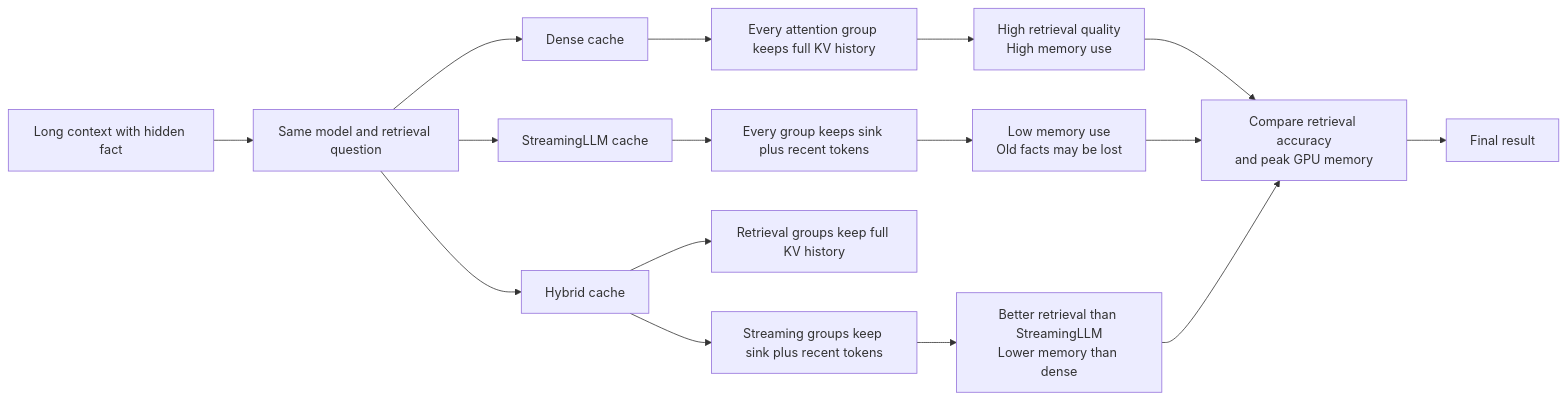
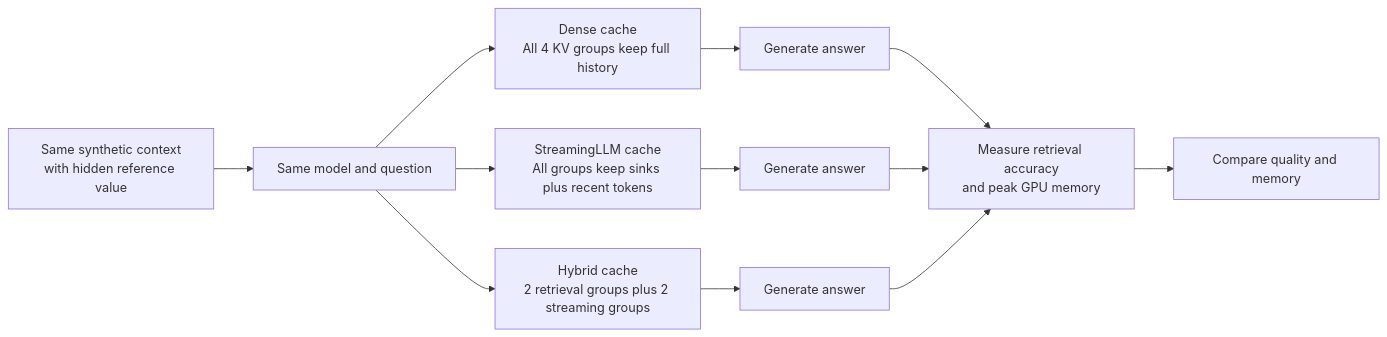
Before and after one commit to may-vaz/hybrid-streaming-attention: the diagram in README.md, drawn with Mermaid. The commit also changed other lines of this file, not shown here.

````diff
--- a/README.md
+++ b/README.md
@@ -31,24 +24,18 @@
 ```mermaid
 flowchart LR
-    A[Long context with hidden fact] --> B[Same model and retrieval question]
+    A[Same synthetic context<br/>with hidden reference value] --> B[Same model and question]
 
-    B --> D[Dense cache]
-    B --> S[StreamingLLM cache]
-    B --> H[Hybrid cache]
+    B --> D[Dense cache<br/>All 4 KV groups keep full history]
+    B --> S[StreamingLLM cache<br/>All groups keep sinks plus recent tokens]
+    B --> H[Hybrid cache<br/>2 retrieval groups plus 2 streaming groups]
 
-    D --> D1[Every attention group keeps full KV history]
-    D1 --> D2[High retrieval quality<br/>High memory use]
+    D --> D1[Generate answer]
+    S --> S1[Generate answer]
+    H --> H1[Generate answer]
 
-    S --> S1[Every group keeps sink plus recent tokens]
-    S1 --> S2[Low memory use<br/>Old facts may be lost]
+    D1 --> E[Measure retrieval accuracy<br/>and peak GPU memory]
+    S1 --> E
+    H1 --> E
 
-    H --> H1[Retrieval groups keep full KV history]
-    H --> H2[Streaming groups keep sink plus recent tokens]
-    H2 --> H3[Better retrieval than StreamingLLM<br/>Lower memory than dense]
-
-    D2 --> E[Compare retrieval accuracy<br/>and peak GPU memory]
-    S2 --> E
-    H3 --> E
-
-    E --> F[Final result]
+    E --> F[Compare quality and memory]
 ```
````
